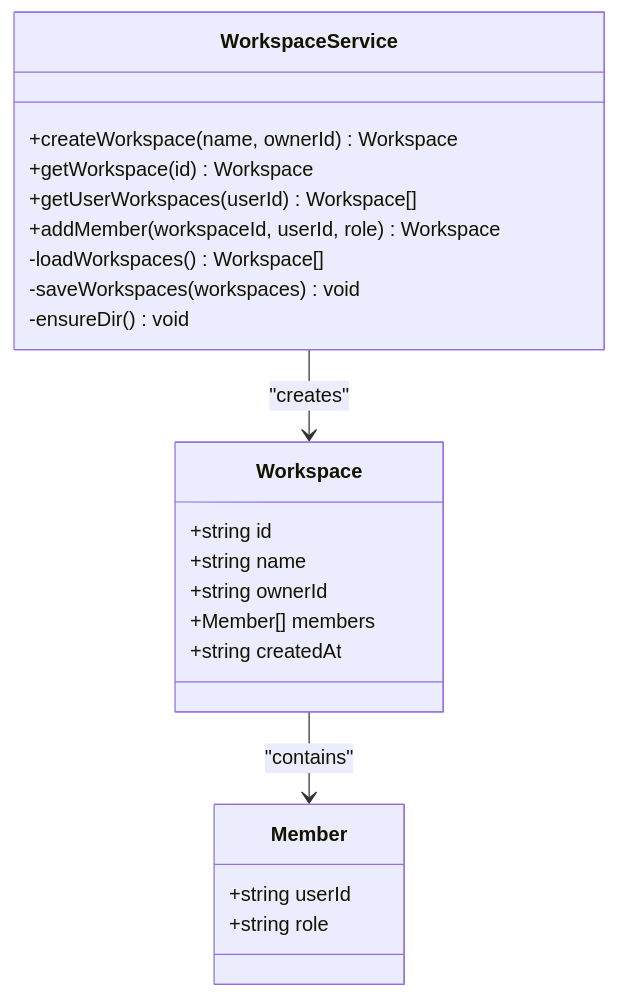
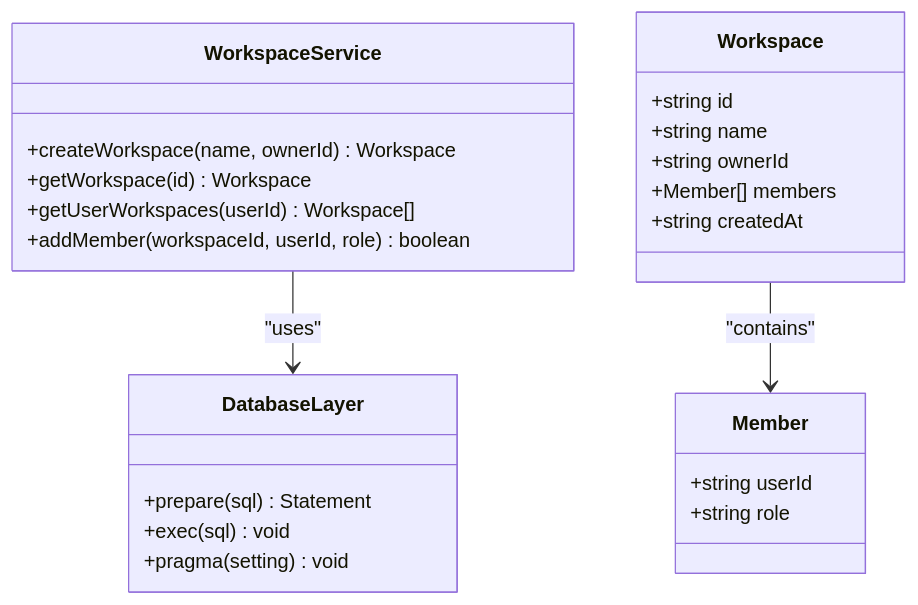
Before and after one commit to RunTimeAdmin/tri-ai: the second of 8 diagrams in .qoder/repowiki/en/content/Frontend Application/Workspace Management.md, drawn with Mermaid. The commit also changed other lines of this file and 40 other files, not shown here.

````diff
--- a/.qoder/repowiki/en/content/Frontend Application/Workspace Management.md
+++ b/.qoder/repowiki/en/content/Frontend Application/Workspace Management.md
@@ -84,25 +96,27 @@
 ```mermaid
 classDiagram
 class WorkspaceService {
 +createWorkspace(name, ownerId) Workspace
 +getWorkspace(id) Workspace
 +getUserWorkspaces(userId) Workspace[]
-+addMember(workspaceId, userId, role) Workspace
--loadWorkspaces() Workspace[]
--saveWorkspaces(workspaces) void
--ensureDir() void
++addMember(workspaceId, userId, role) boolean
 }
 class Workspace {
 +string id
 +string name
 +string ownerId
 +Member[] members
 +string createdAt
 }
 class Member {
 +string userId
 +string role
 }
-WorkspaceService --> Workspace : "creates"
+class DatabaseLayer {
++prepare(sql) Statement
++exec(sql) void
++pragma(setting) void
+}
+WorkspaceService --> DatabaseLayer : "uses"
 Workspace --> Member : "contains"
 ```
````
